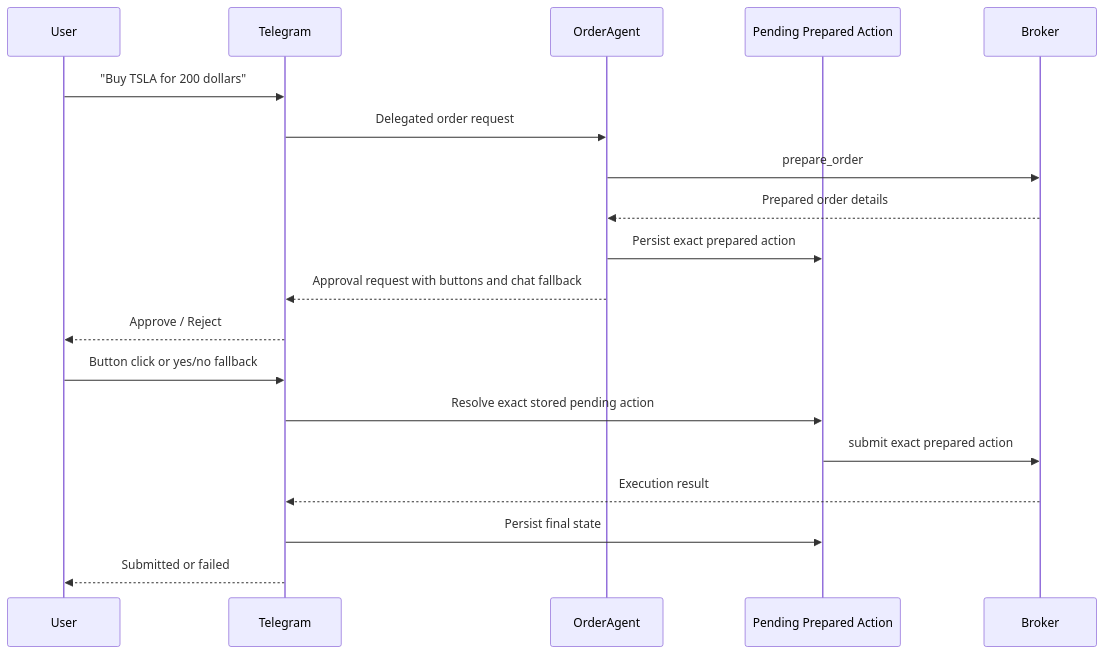
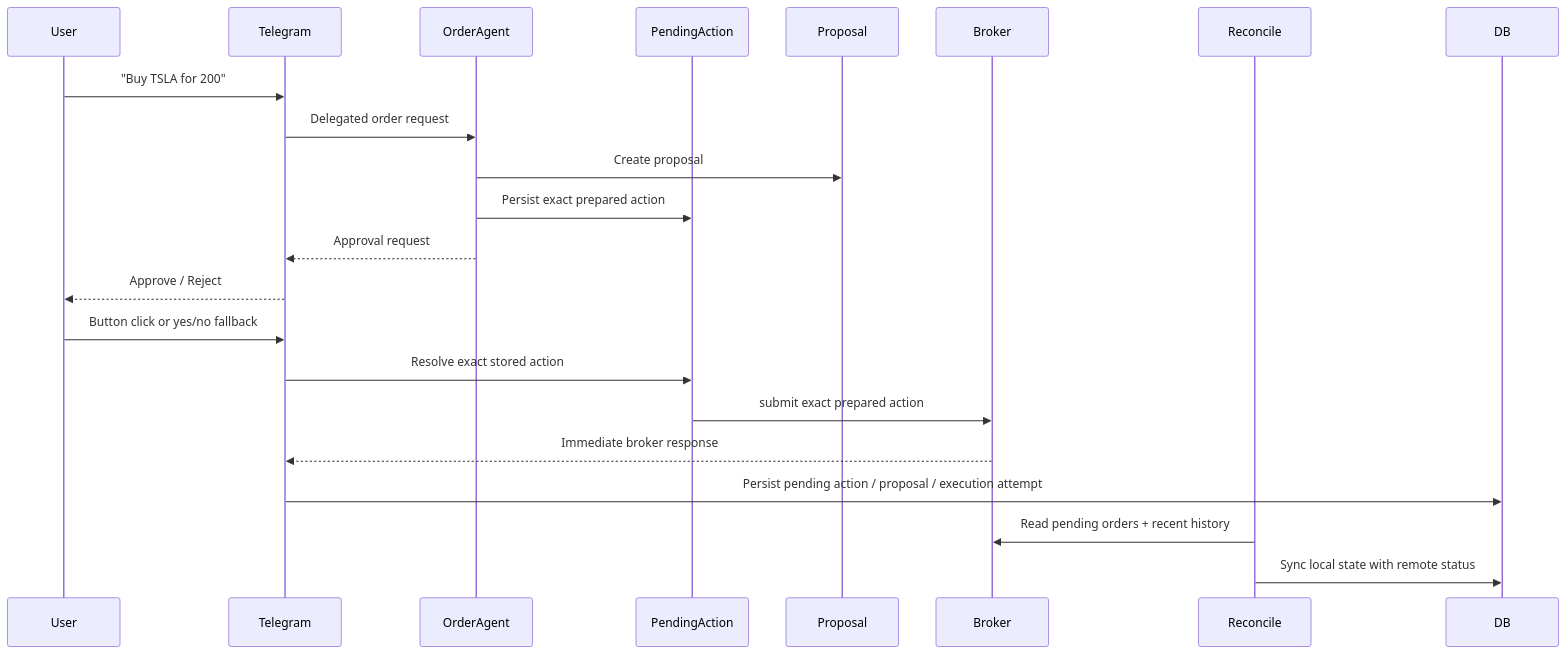
The sixth of 8 diagrams in docs/ARCHITECTURE_DIAGRAMS.md (applebar17/T212AI), drawn with Mermaid before and after one commit. The commit also changed other lines of this file and 1 other file, not shown here.

````diff
--- a/docs/ARCHITECTURE_DIAGRAMS.md
+++ b/docs/ARCHITECTURE_DIAGRAMS.md
@@ -155,22 +154,26 @@
 ```mermaid
 sequenceDiagram
     participant User
     participant Telegram
     participant OrderAgent
-    participant PendingAction as Pending Prepared Action
+    participant PendingAction
+    participant Proposal
     participant Broker
+    participant Reconcile
+    participant DB
 
-    User->>Telegram: "Buy TSLA for 200 dollars"
+    User->>Telegram: "Buy TSLA for 200"
     Telegram->>OrderAgent: Delegated order request
-    OrderAgent->>Broker: prepare_order
-    Broker-->>OrderAgent: Prepared order details
+    OrderAgent->>Proposal: Create proposal
     OrderAgent->>PendingAction: Persist exact prepared action
-    OrderAgent-->>Telegram: Approval request with buttons and chat fallback
+    OrderAgent-->>Telegram: Approval request
     Telegram-->>User: Approve / Reject
     User->>Telegram: Button click or yes/no fallback
-    Telegram->>PendingAction: Resolve exact stored pending action
+    Telegram->>PendingAction: Resolve exact stored action
     PendingAction->>Broker: submit exact prepared action
-    Broker-->>Telegram: Execution result
-    Telegram->>PendingAction: Persist final state
-    Telegram-->>User: Submitted or failed
+    Broker-->>Telegram: Immediate broker response
+    Telegram->>DB: Persist pending action / proposal / execution attempt
+
+    Reconcile->>Broker: Read pending orders + recent history
+    Reconcile->>DB: Sync local state with remote status
 ```
````
